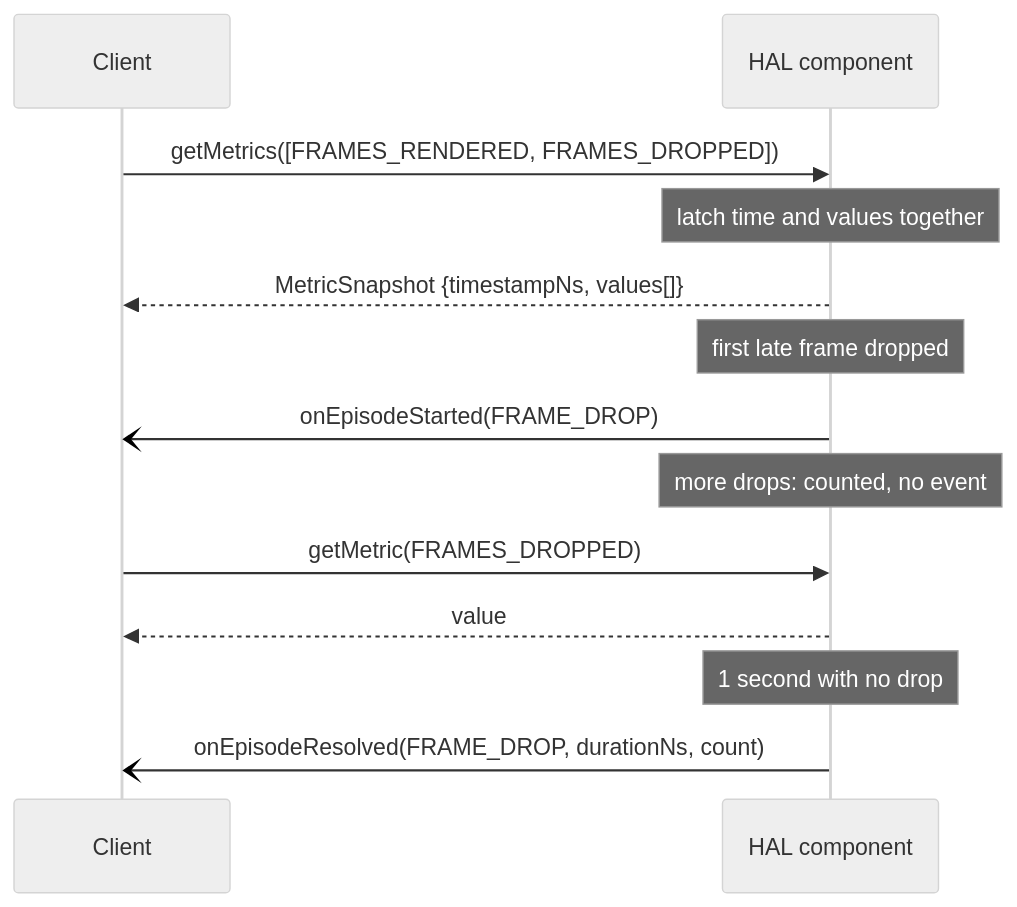
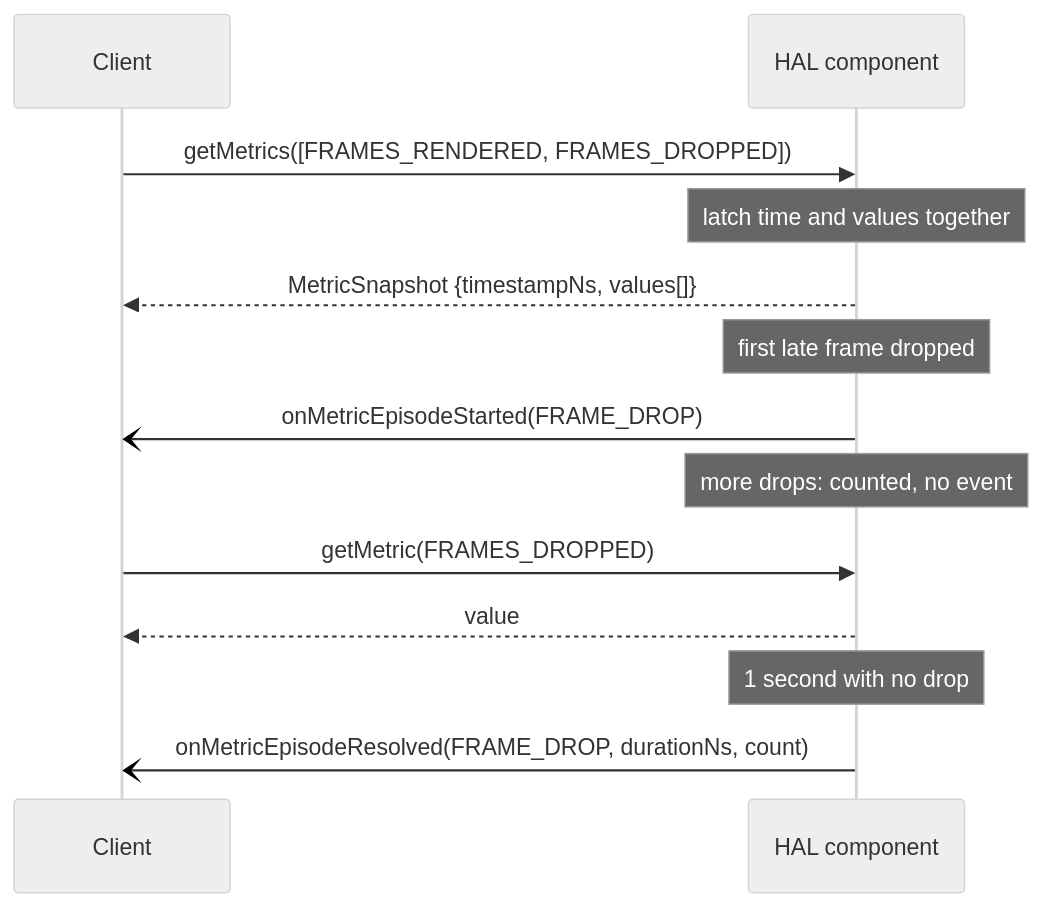
The diagram in docs/standards/hal_metrics_pattern.md (rdkcentral/rdk-halif-aidl), drawn with Mermaid (neutral theme) before and after one commit. The commit also changed other lines of this file and 20 other files, not shown here.

First line of the commit message:
Update #783: name episode callbacks as metric

````diff
--- a/docs/standards/hal_metrics_pattern.md
+++ b/docs/standards/hal_metrics_pattern.md
@@ -5,15 +5,15 @@
 ```mermaid
 sequenceDiagram
     participant C as Client
     participant H as HAL component
     C->>H: getMetrics([FRAMES_RENDERED, FRAMES_DROPPED])
     Note over H: latch time and values together
     H-->>C: MetricSnapshot {timestampNs, values[]}
     Note over H: first late frame dropped
-    H-)C: onEpisodeStarted(FRAME_DROP)
+    H-)C: onMetricEpisodeStarted(FRAME_DROP)
     Note over H: more drops: counted, no event
     C->>H: getMetric(FRAMES_DROPPED)
     H-->>C: value
     Note over H: 1 second with no drop
-    H-)C: onEpisodeResolved(FRAME_DROP, durationNs, count)
+    H-)C: onMetricEpisodeResolved(FRAME_DROP, durationNs, count)
 ```
````
